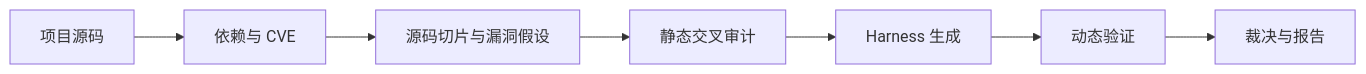
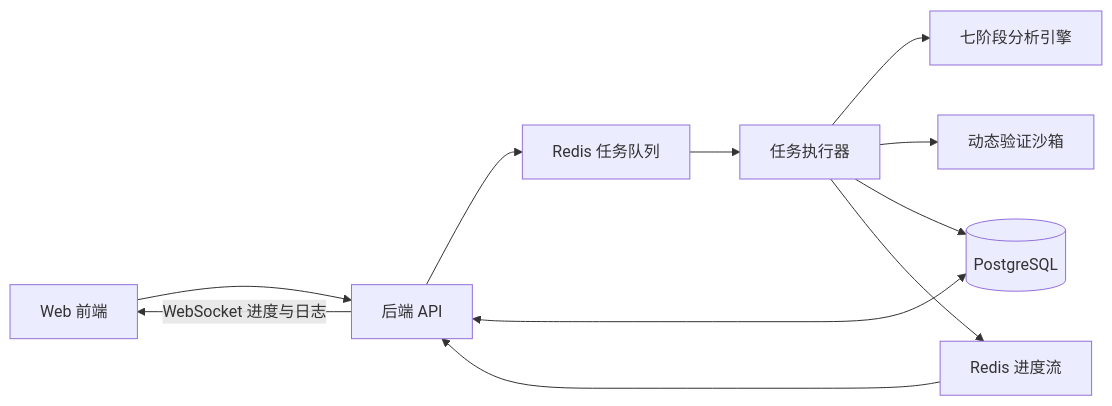
Before and after one commit to Taylor-Lai/SC-SENTINEL-Memorial: the diagram in README.md, drawn with Mermaid. The commit also changed other lines of this file and 12 other files, not shown here.

````diff
--- a/README.md
+++ b/README.md
@@ -45,9 +53,13 @@
 ```mermaid
 flowchart LR
-    A[项目源码] --> B[依赖与 CVE]
-    B --> C[源码切片与漏洞假设]
-    C --> D[静态交叉审计]
-    D --> E[Harness 生成]
-    E --> F[动态验证]
-    F --> G[裁决与报告]
+    UI[Web 前端] --> API[后端 API]
+    API --> Queue[Redis 任务队列]
+    Queue --> Worker[任务执行器]
+    Worker --> Agent[七阶段分析引擎]
+    Worker --> Sandbox[动态验证沙箱]
+    API <--> DB[(PostgreSQL)]
+    Worker --> DB
+    Worker --> Progress[Redis 进度流]
+    Progress --> API
+    API -->|WebSocket 进度与日志| UI
 ```
````
